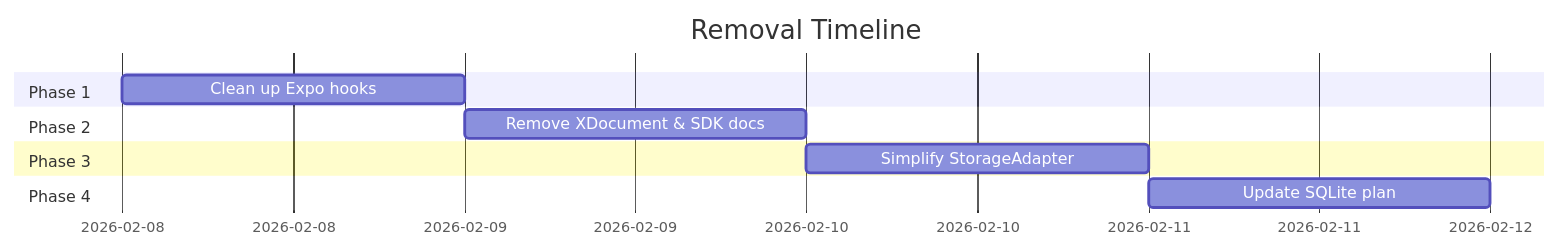
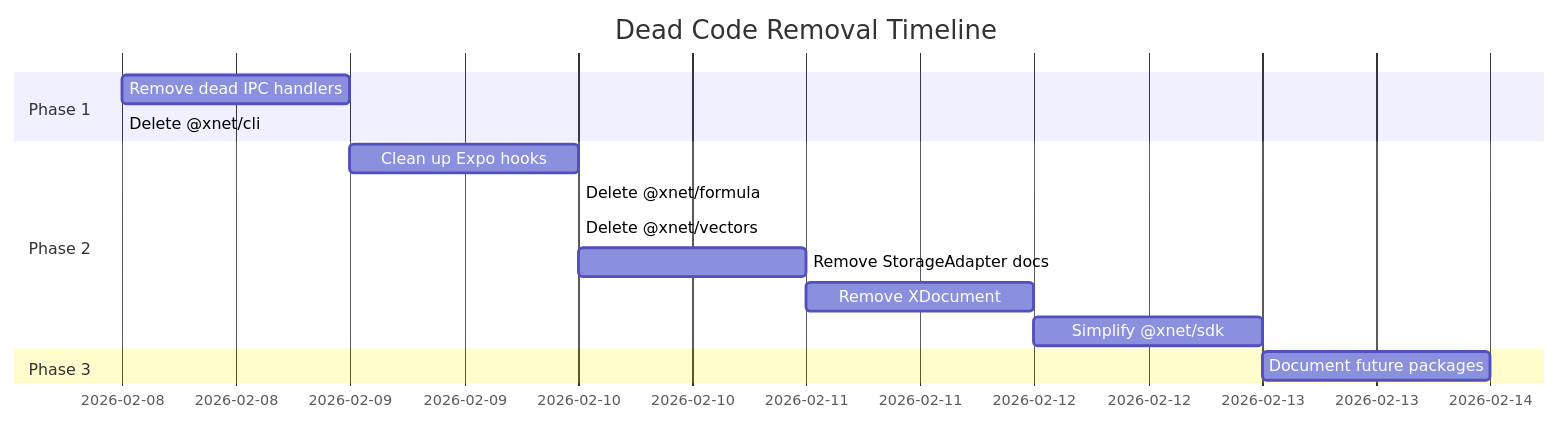
One commit to crs48/xNet changed the seventh of 7 diagrams in docs/explorations/0073_STORAGEADAPTER_REMOVAL.md. Above: the diagram before and after it, drawn with Mermaid. The commit also changed other lines of this file and 18 other files, not shown here.

Commit message:
docs(exploration): expand dead code analysis with unused packages and IPC handlers

````diff
--- a/docs/explorations/0073_STORAGEADAPTER_REMOVAL.md
+++ b/docs/explorations/0073_STORAGEADAPTER_REMOVAL.md
@@ -401,13 +742,17 @@
 ```mermaid
 gantt
-    title Removal Timeline
+    title Dead Code Removal Timeline
     dateFormat  YYYY-MM-DD
     section Phase 1
-    Clean up Expo hooks           :a1, 2026-02-08, 1d
+    Remove dead IPC handlers      :a1, 2026-02-08, 0.5d
+    Delete @xnet/cli              :a2, 2026-02-08, 0.25d
     section Phase 2
-    Remove XDocument & SDK docs   :a2, after a1, 1d
+    Clean up Expo hooks           :b1, after a1, 1d
+    Delete @xnet/formula          :b2, after b1, 0.25d
+    Delete @xnet/vectors          :b3, after b2, 0.25d
+    Remove StorageAdapter docs    :b4, after b3, 0.5d
+    Remove XDocument              :b5, after b4, 0.5d
+    Simplify @xnet/sdk            :b6, after b5, 0.5d
     section Phase 3
-    Simplify StorageAdapter       :a3, after a2, 0.5d
-    section Phase 4
-    Update SQLite plan            :a4, after a3, 0.5d
+    Document future packages      :c1, after b6, 0.5d
 ```
````
